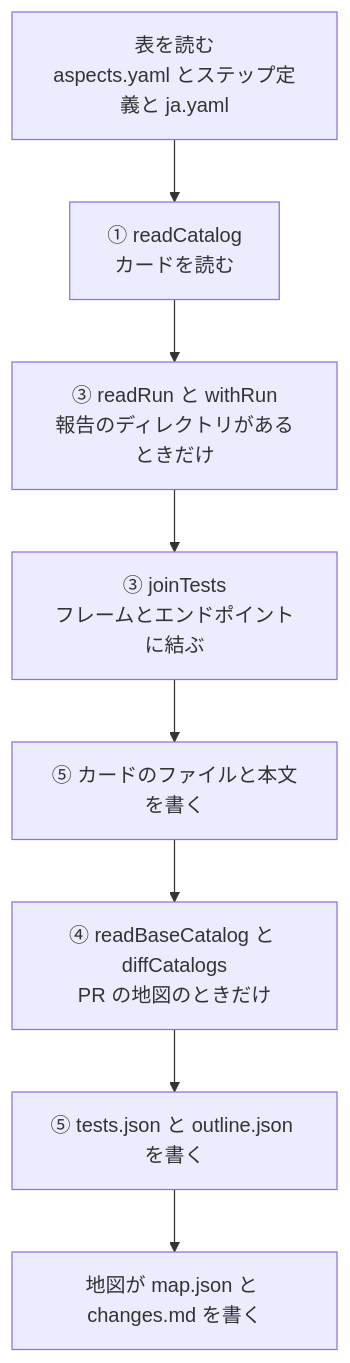
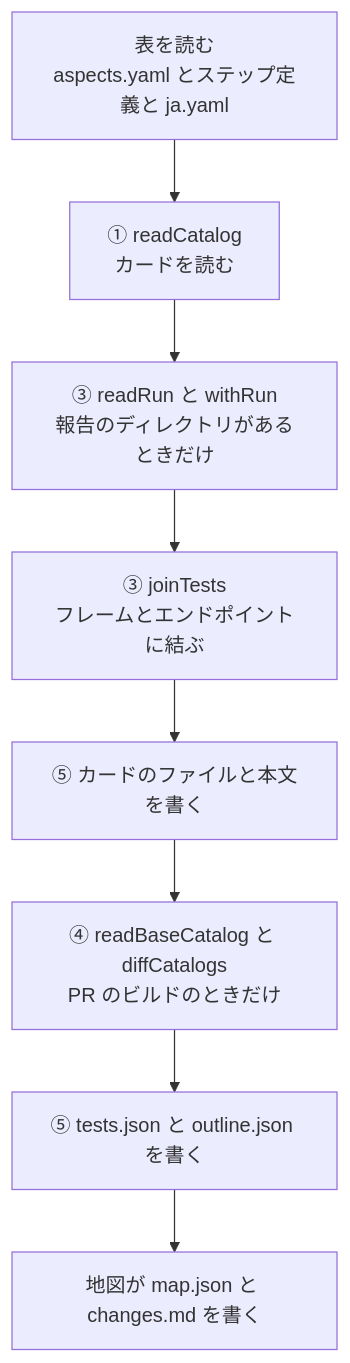
One commit to maronnjapan/maronn-openid-connect changed the fourth of 7 diagrams in apps/tests/docs/README.md. Above: the diagram before and after it, drawn with Mermaid. The commit also changed other lines of this file and 11 other files, not shown here.

````diff
--- a/apps/tests/docs/README.md
+++ b/apps/tests/docs/README.md
@@ -245,12 +264,12 @@
 ```mermaid
 flowchart TB
   A["表を読む<br/>aspects.yaml とステップ定義と ja.yaml"]
   B["① readCatalog<br/>カードを読む"]
   C["③ readRun と withRun<br/>報告のディレクトリがあるときだけ"]
   D["③ joinTests<br/>フレームとエンドポイントに結ぶ"]
   E["⑤ カードのファイルと本文を書く"]
-  F["④ readBaseCatalog と diffCatalogs<br/>PR の地図のときだけ"]
+  F["④ readBaseCatalog と diffCatalogs<br/>PR のビルドのときだけ"]
   G["⑤ tests.json と outline.json を書く"]
   H["地図が map.json と changes.md を書く"]
   A --> B --> C --> D --> E --> F --> G --> H
 ```
````
